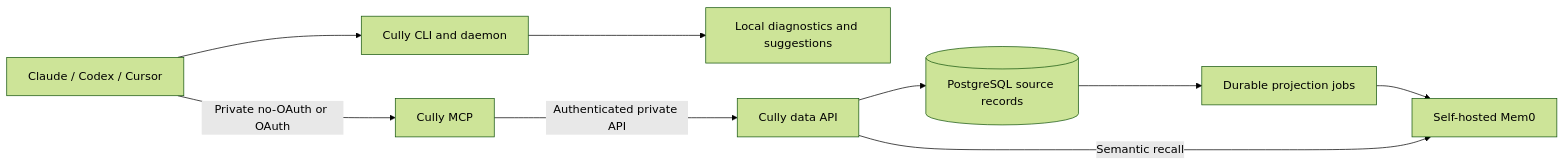
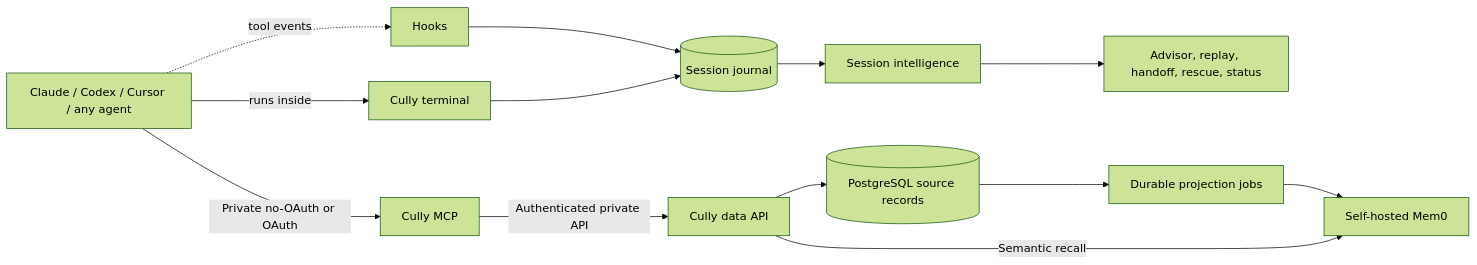
One commit to 72sevenzy2/cully changed the diagram in docs/architecture.md. Above: the diagram before and after it, drawn with Mermaid (forest theme). The commit also changed other lines of this file and 19 other files, not shown here.

````diff
--- a/docs/architecture.md
+++ b/docs/architecture.md
@@ -5,11 +5,15 @@
 ```mermaid
 flowchart LR
-  A[Claude / Codex / Cursor] --> L[Cully CLI and daemon]
-  L --> S[Local diagnostics and suggestions]
+  A[Claude / Codex / Cursor / any agent] -->|runs inside| T[Cully terminal]
+  A -. tool events .-> H[Hooks]
+  H --> J[(Session journal)]
+  T --> J
+  J --> I[Session intelligence]
+  I --> S[Advisor, replay, handoff, rescue, status]
   A -->|Private no-OAuth or OAuth| M[Cully MCP]
   M -->|Authenticated private API| D[Cully data API]
   D --> P[(PostgreSQL source records)]
   P --> Q[Durable projection jobs]
   Q --> F[Self-hosted Mem0]
   D -->|Semantic recall| F
 ```
````
